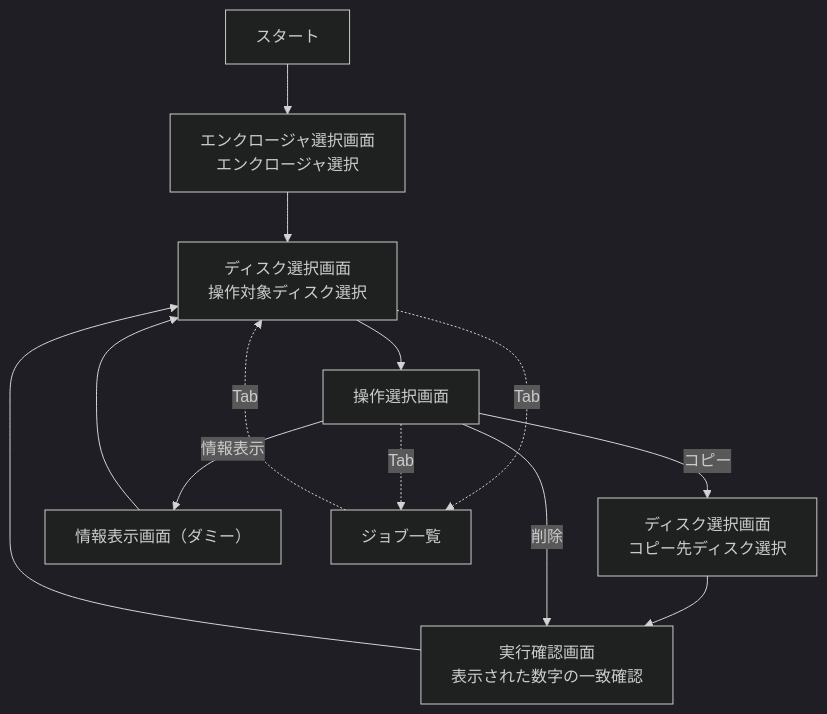
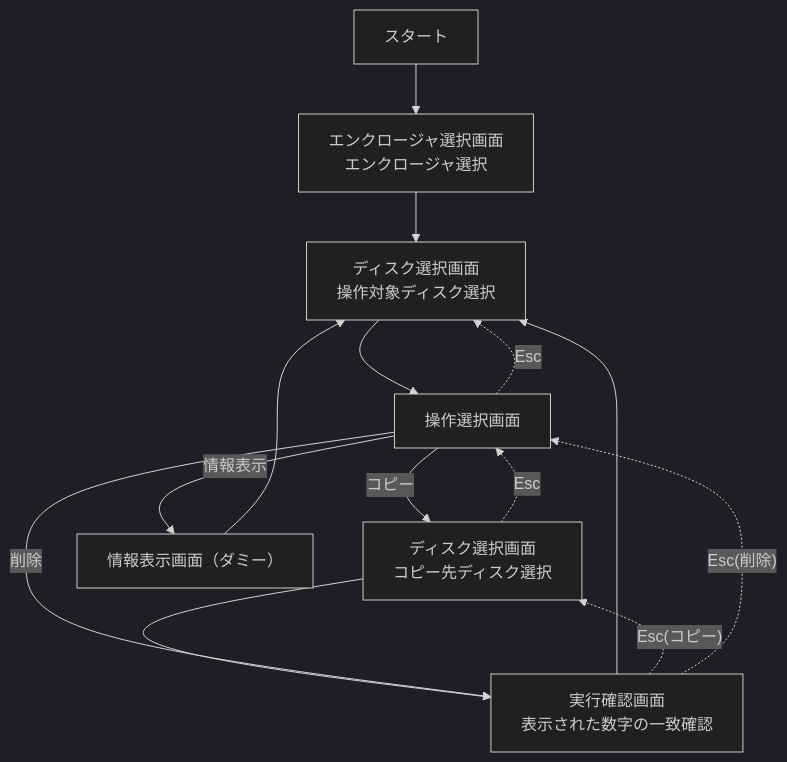
The diagram in README.md (mitslabo/diskman), drawn with Mermaid (dark theme) before and after one commit. The commit also changed other lines of this file and 4 other files, not shown here.

````diff
--- a/README.md
+++ b/README.md
@@ -5,27 +5,26 @@
 ```mermaid
 flowchart TB
   start["スタート"]
   enclosureSelect["エンクロージャ選択画面<br/>エンクロージャ選択"]
   sourceDiskSelect["ディスク選択画面<br/>操作対象ディスク選択"]
   operationSelect["操作選択画面"]
   destinationDiskSelect["ディスク選択画面<br/>コピー先ディスク選択"]
   confirmByCode["実行確認画面<br/>表示された数字の一致確認"]
   diskInfo["情報表示画面（ダミー）"]
-  jobsView["ジョブ一覧"]
 
   start --> enclosureSelect
   enclosureSelect --> sourceDiskSelect
   sourceDiskSelect --> operationSelect
 
   operationSelect -- "コピー" --> destinationDiskSelect
   destinationDiskSelect --> confirmByCode
   operationSelect -- "削除" --> confirmByCode
   confirmByCode --> sourceDiskSelect
+  destinationDiskSelect -. "Esc" .-> operationSelect
+  confirmByCode -. "Esc(コピー)" .-> destinationDiskSelect
+  confirmByCode -. "Esc(削除)" .-> operationSelect
+  operationSelect -. "Esc" .-> sourceDiskSelect
 
   operationSelect -- "情報表示" --> diskInfo
   diskInfo --> sourceDiskSelect
-
-  sourceDiskSelect -. "Tab" .-> jobsView
-  operationSelect -. "Tab" .-> jobsView
-  jobsView -. "Tab" .-> sourceDiskSelect
 ```
````
